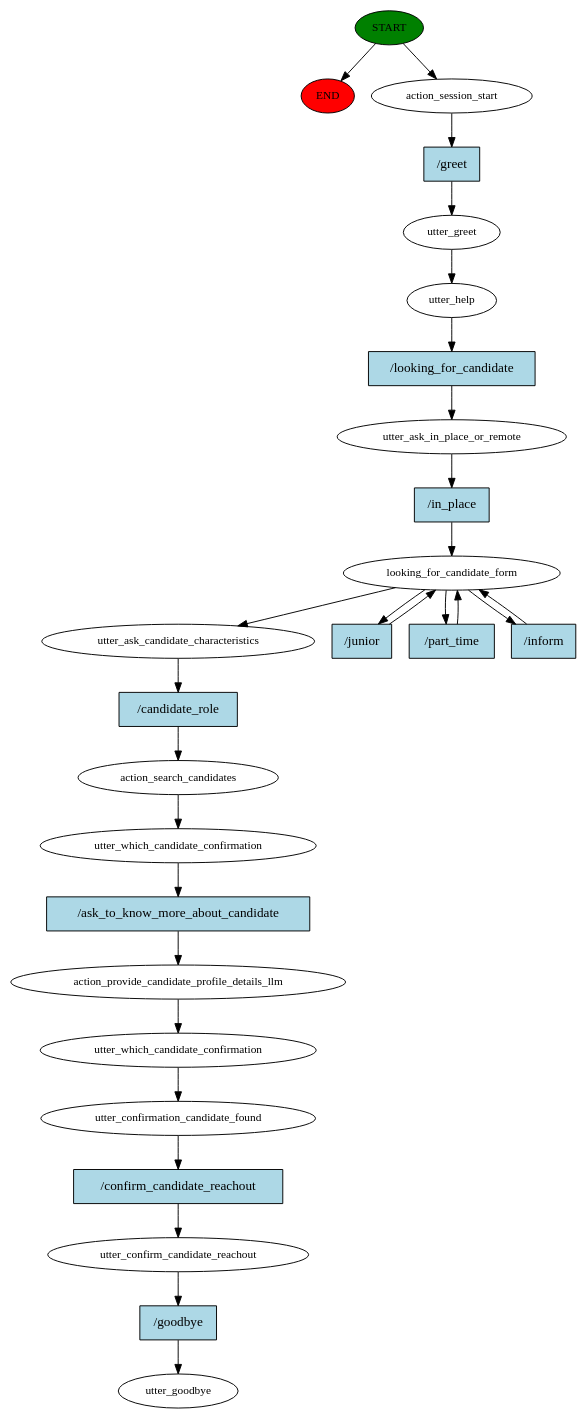
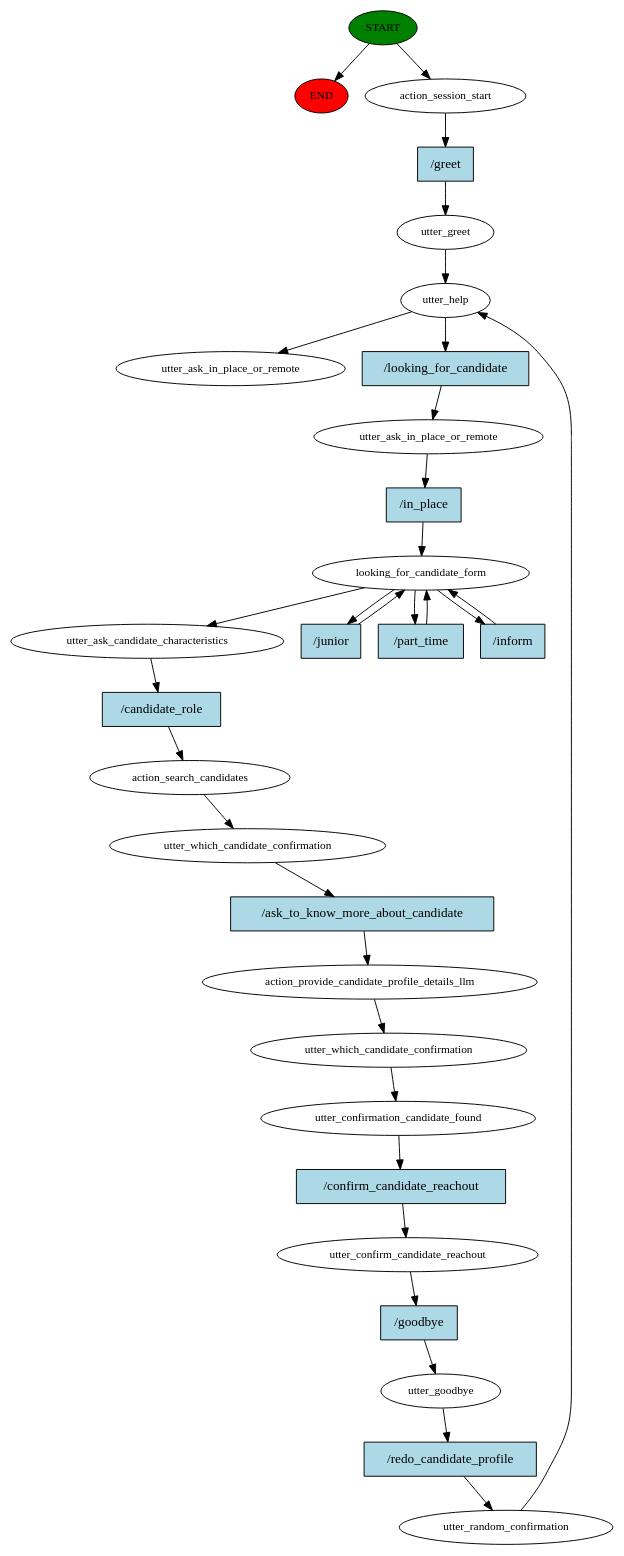
Before and after one commit to r1cc4r2o/Jobify: the diagram in src/story_graph.dot, drawn with Graphviz. The commit also changed 2 other files, not shown here.

Commit message:
set slots to null when redo the stories

```diff
--- a/src/story_graph.dot
+++ b/src/story_graph.dot
@@ -1,54 +1,61 @@
 digraph  {
 0 [class="start active", fillcolor=green, fontsize=12, label=START, style=filled];
 "-1" [class=end, fillcolor=red, fontsize=12, label=END, style=filled];
 1 [class=active, fontsize=12, label=action_session_start];
 2 [class=active, fontsize=12, label=utter_greet];
 3 [class=active, fontsize=12, label=utter_help];
 4 [class=active, fontsize=12, label=utter_ask_in_place_or_remote];
 5 [class=active, fontsize=12, label=looking_for_candidate_form];
 9 [class=active, fontsize=12, label=utter_ask_candidate_characteristics];
 10 [class=active, fontsize=12, label=action_search_candidates];
 11 [class=active, fontsize=12, label=utter_which_candidate_confirmation];
 12 [class=active, fontsize=12, label=action_provide_candidate_profile_details_llm];
 13 [class=active, fontsize=12, label=utter_which_candidate_confirmation];
 14 [class=active, fontsize=12, label=utter_confirmation_candidate_found];
 15 [class=active, fontsize=12, label=utter_confirm_candidate_reachout];
-16 [class="dashed active", fontsize=12, label=utter_goodbye];
-17 [class="intent active", fillcolor=lightblue, label="/greet", shape=rect, style=filled];
-18 [class="intent active", fillcolor=lightblue, label="/looking_for_candidate", shape=rect, style=filled];
-19 [class="intent active", fillcolor=lightblue, label="/in_place", shape=rect, style=filled];
-20 [class="intent active", fillcolor=lightblue, label="/junior", shape=rect, style=filled];
-21 [class="intent active", fillcolor=lightblue, label="/part_time", shape=rect, style=filled];
-22 [class="intent active", fillcolor=lightblue, label="/inform", shape=rect, style=filled];
-23 [class="intent active", fillcolor=lightblue, label="/candidate_role", shape=rect, style=filled];
-24 [class="intent active", fillcolor=lightblue, label="/ask_to_know_more_about_candidate", shape=rect, style=filled];
-25 [class="intent active", fillcolor=lightblue, label="/confirm_candidate_reachout", shape=rect, style=filled];
-26 [class="intent active", fillcolor=lightblue, label="/goodbye", shape=rect, style=filled];
+16 [class=active, fontsize=12, label=utter_goodbye];
+17 [class=active, fontsize=12, label=utter_random_confirmation];
+19 [class="dashed active", fontsize=12, label=utter_ask_in_place_or_remote];
+20 [class="intent active", fillcolor=lightblue, label="/greet", shape=rect, style=filled];
+21 [class="intent active", fillcolor=lightblue, label="/looking_for_candidate", shape=rect, style=filled];
+22 [class="intent active", fillcolor=lightblue, label="/in_place", shape=rect, style=filled];
+23 [class="intent active", fillcolor=lightblue, label="/junior", shape=rect, style=filled];
+24 [class="intent active", fillcolor=lightblue, label="/part_time", shape=rect, style=filled];
+25 [class="intent active", fillcolor=lightblue, label="/inform", shape=rect, style=filled];
+26 [class="intent active", fillcolor=lightblue, label="/candidate_role", shape=rect, style=filled];
+27 [class="intent active", fillcolor=lightblue, label="/ask_to_know_more_about_candidate", shape=rect, style=filled];
+28 [class="intent active", fillcolor=lightblue, label="/confirm_candidate_reachout", shape=rect, style=filled];
+29 [class="intent active", fillcolor=lightblue, label="/goodbye", shape=rect, style=filled];
+30 [class="intent active", fillcolor=lightblue, label="/redo_candidate_profile", shape=rect, style=filled];
 0 -> "-1"  [class="", key=NONE, label=""];
 0 -> 1  [class=active, key=NONE, label=""];
-1 -> 17  [class=active, key=0];
+1 -> 20  [class=active, key=0];
 2 -> 3  [class=active, key=NONE, label=""];
-3 -> 18  [class=active, key=0];
-4 -> 19  [class=active, key=0];
+3 -> 19  [class=active, key=NONE, label=""];
+3 -> 21  [class=active, key=0];
+4 -> 22  [class=active, key=0];
 5 -> 9  [class=active, key=NONE, label=""];
-5 -> 20  [class=active, key=0];
-5 -> 21  [class=active, key=0];
-5 -> 22  [class=active, key=0];
-9 -> 23  [class=active, key=0];
+5 -> 23  [class=active, key=0];
+5 -> 24  [class=active, key=0];
+5 -> 25  [class=active, key=0];
+9 -> 26  [class=active, key=0];
 10 -> 11  [class=active, key=NONE, label=""];
-11 -> 24  [class=active, key=0];
+11 -> 27  [class=active, key=0];
 12 -> 13  [class=active, key=NONE, label=""];
 13 -> 14  [class=active, key=NONE, label=""];
-14 -> 25  [class=active, key=0];
-15 -> 26  [class=active, key=0];
-17 -> 2  [class=active, key=0];
-18 -> 4  [class=active, key=0];
-19 -> 5  [class=active, key=0];
-20 -> 5  [class=active, key=0];
-21 -> 5  [class=active, key=0];
+14 -> 28  [class=active, key=0];
+15 -> 29  [class=active, key=0];
+16 -> 30  [class=active, key=0];
+17 -> 3  [class=active, key=NONE, label=""];
+20 -> 2  [class=active, key=0];
+21 -> 4  [class=active, key=0];
 22 -> 5  [class=active, key=0];
-23 -> 10  [class=active, key=0];
-24 -> 12  [class=active, key=0];
-25 -> 15  [class=active, key=0];
-26 -> 16  [class=active, key=0];
+23 -> 5  [class=active, key=0];
+24 -> 5  [class=active, key=0];
+25 -> 5  [class=active, key=0];
+26 -> 10  [class=active, key=0];
+27 -> 12  [class=active, key=0];
+28 -> 15  [class=active, key=0];
+29 -> 16  [class=active, key=0];
+30 -> 17  [class=active, key=0];
 }
```
